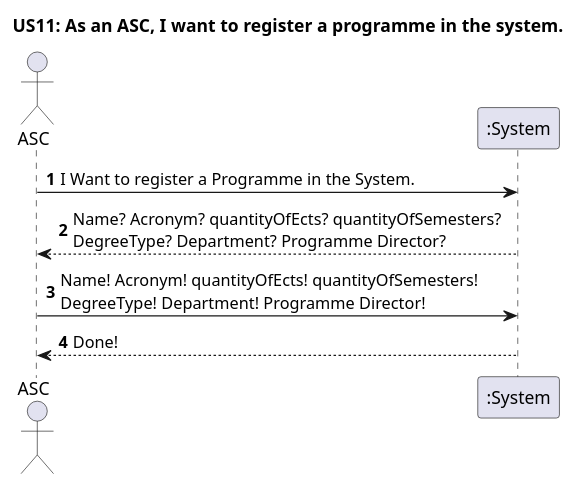
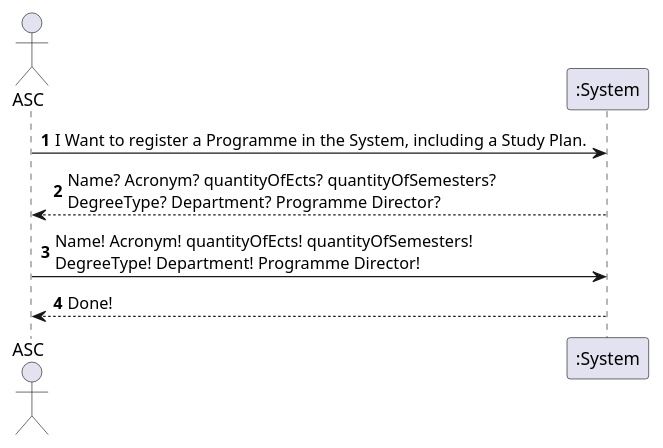
Before and after one commit to GasparISEP/DevOps-PAI: the diagram in docs/US11/Sprint4_US11_registerAProgrammeInTheSystemSSD.puml, drawn with PlantUML. The commit also changed 3 other files, not shown here.

Commit message:
Ref #202 : updated US11 Diagram

```diff
--- a/docs/US11/Sprint4_US11_registerAProgrammeInTheSystemSSD.puml
+++ b/docs/US11/Sprint4_US11_registerAProgrammeInTheSystemSSD.puml
@@ -1,13 +1,11 @@
 @startuml
 actor ASC as Admin
 participant ":System" as System
 autonumber
 
-title US11: As an ASC, I want to register a programme in the system.
-
-Admin -> System  : I Want to register a Programme in the System.
+Admin -> System  : I Want to register a Programme in the System, including a Study Plan.
 System --> Admin  : Name? Acronym? quantityOfEcts? quantityOfSemesters?  \nDegreeType? Department? Programme Director?
 Admin -> System  : Name! Acronym! quantityOfEcts! quantityOfSemesters!  \nDegreeType! Department! Programme Director!
 System --> Admin  : Done!
 
 @enduml
```
